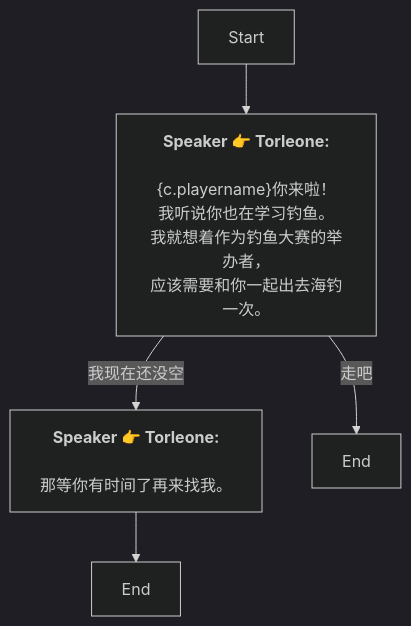
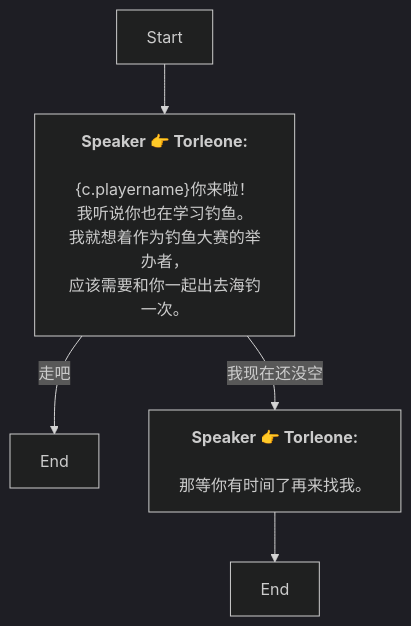
Before and after one commit to SoftHu/tos_avg: the diagram in Zh/QuestTalkObjectiveNode_1756252308078735.md, drawn with Mermaid (dark theme). The commit also changed other lines of this file and 780 other files, not shown here.

````diff
--- a/Zh/QuestTalkObjectiveNode_1756252308078735.md
+++ b/Zh/QuestTalkObjectiveNode_1756252308078735.md
@@ -1,12 +1,12 @@
 ```mermaid
 graph
 Start -->1756252624199884[<b>Speaker 👉 Torleone:</b>
 \n&lbrace;c.playername&rbrace;你来啦！
 我听说你也在学习钓鱼。\n我就想着作为钓鱼大赛的举办者，
 应该需要和你一起出去海钓一次。]
+1756252624199884 -->|走吧|1756252702928083[End]
 1756252624199884 -->|我现在还没空|1756252674743506[<b>Speaker 👉 Torleone:</b>
 \n那等你有时间了再来找我。]
-1756252624199884 -->|走吧|1756252702928083[End]
 1756252674743506 -->1756252708831444[End]
 
 ```
````
